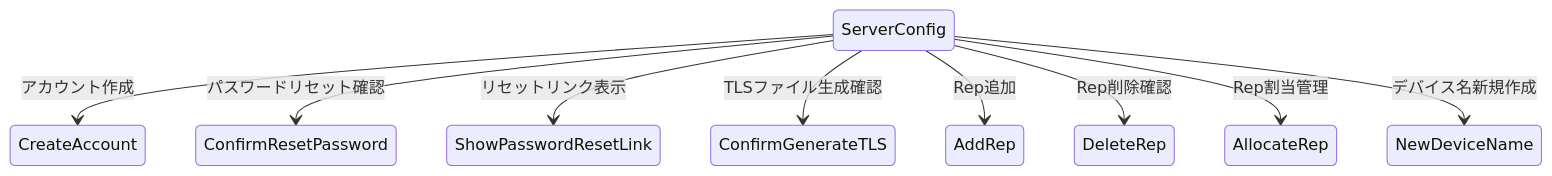
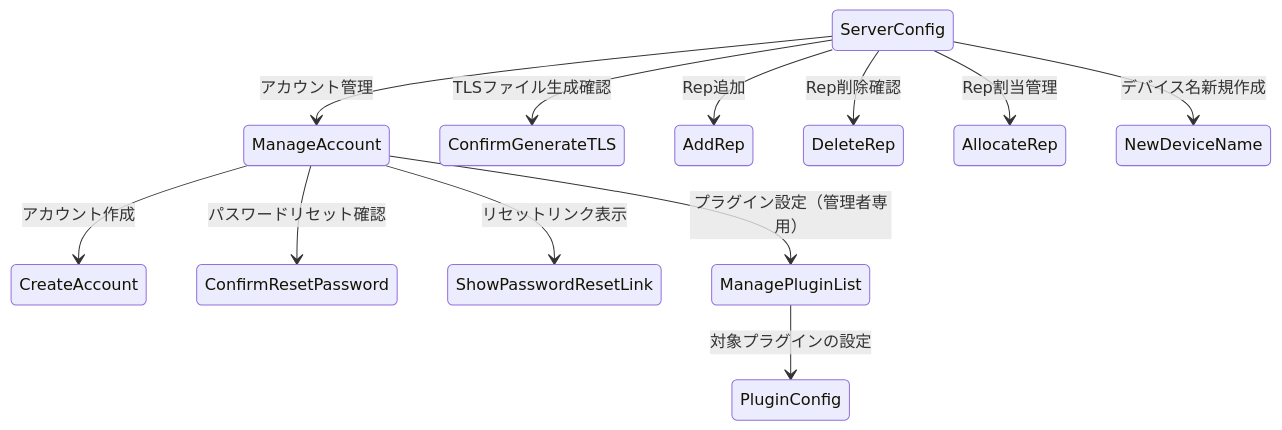
Before and after one commit to mt3hr/gkill: the sixth of 7 diagrams in documents/reverse/screen-transition.md, drawn with Mermaid. The commit also changed other lines of this file and 220 other files, not shown here.

````diff
--- a/documents/reverse/screen-transition.md
+++ b/documents/reverse/screen-transition.md
@@ -368,11 +369,14 @@
 ```mermaid
 stateDiagram-v2
-    ServerConfig --> CreateAccount: アカウント作成
-    ServerConfig --> ConfirmResetPassword: パスワードリセット確認
-    ServerConfig --> ShowPasswordResetLink: リセットリンク表示
+    ServerConfig --> ManageAccount: アカウント管理
+    ManageAccount --> CreateAccount: アカウント作成
+    ManageAccount --> ConfirmResetPassword: パスワードリセット確認
+    ManageAccount --> ShowPasswordResetLink: リセットリンク表示
+    ManageAccount --> ManagePluginList: プラグイン設定（管理者専用）
+    ManagePluginList --> PluginConfig: 対象プラグインの設定
     ServerConfig --> ConfirmGenerateTLS: TLSファイル生成確認
     ServerConfig --> AddRep: Rep追加
     ServerConfig --> DeleteRep: Rep削除確認
     ServerConfig --> AllocateRep: Rep割当管理
     ServerConfig --> NewDeviceName: デバイス名新規作成
 ```
````
